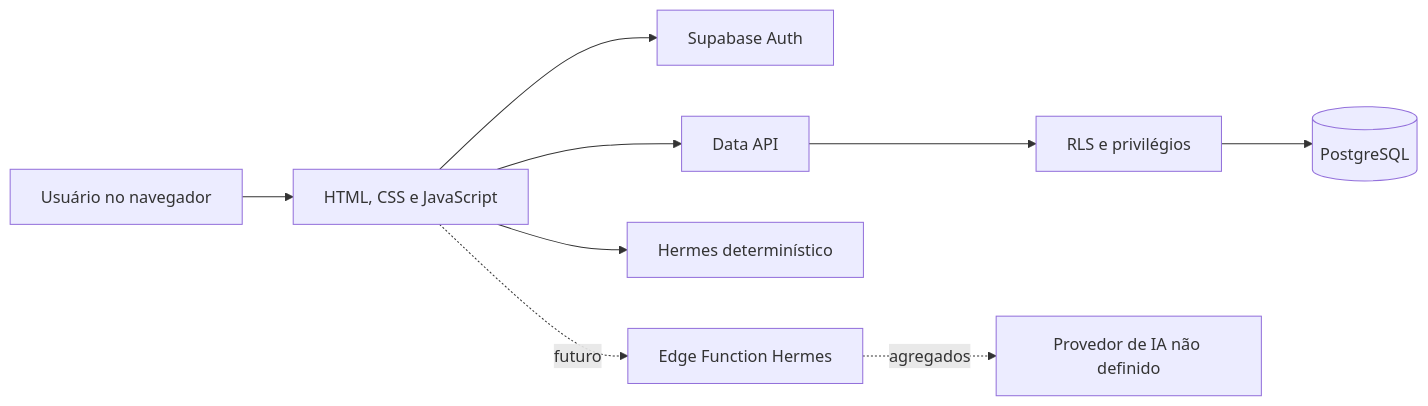
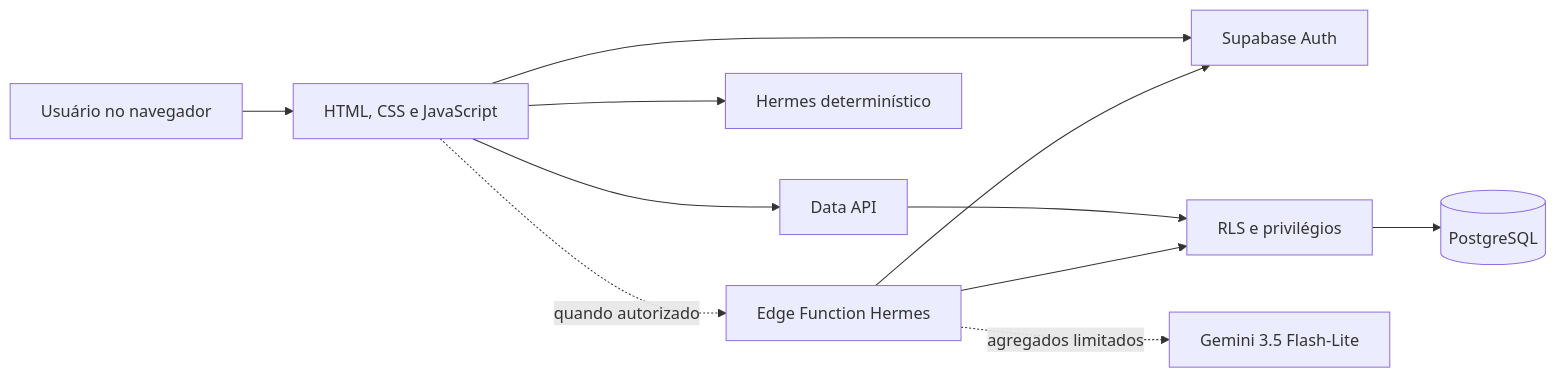
The diagram in projects/businessmind-ai/docs/ARCHITECTURE.md (guisoster060-cmyk/softplan-futures-ai-portfolio), drawn with Mermaid before and after one commit. The commit also changed other lines of this file and 10 other files, not shown here.

Commit message:
docs(hermes): record architecture risks and activation gates

````diff
--- a/projects/businessmind-ai/docs/ARCHITECTURE.md
+++ b/projects/businessmind-ai/docs/ARCHITECTURE.md
@@ -7,11 +7,13 @@
 ```mermaid
 flowchart LR
     U[Usuário no navegador] --> F[HTML, CSS e JavaScript]
     F --> A[Supabase Auth]
     F --> D[Data API]
     D --> R[RLS e privilégios]
     R --> P[(PostgreSQL)]
     F --> H[Hermes determinístico]
-    F -. futuro .-> E[Edge Function Hermes]
-    E -. agregados .-> G[Provedor de IA não definido]
+    F -. quando autorizado .-> E[Edge Function Hermes]
+    E --> A
+    E --> R
+    E -. agregados limitados .-> G[Gemini 3.5 Flash-Lite]
 ```
````
